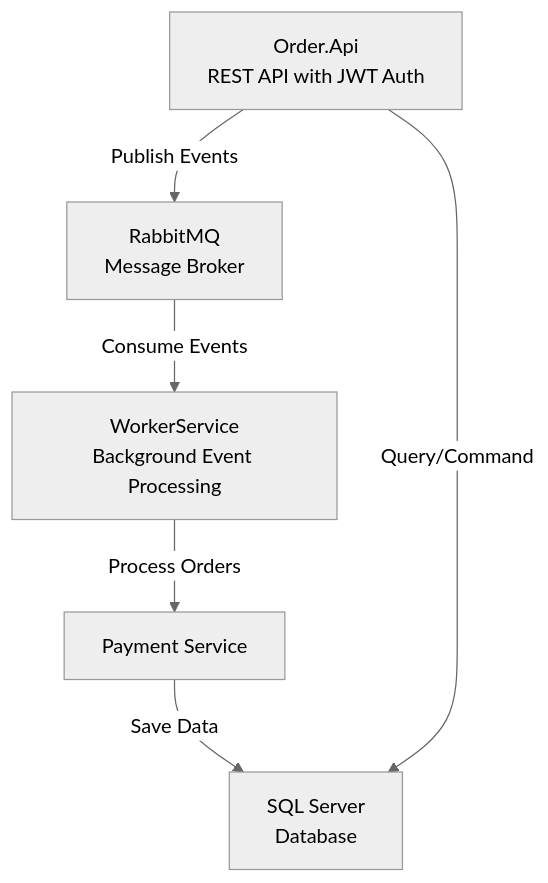
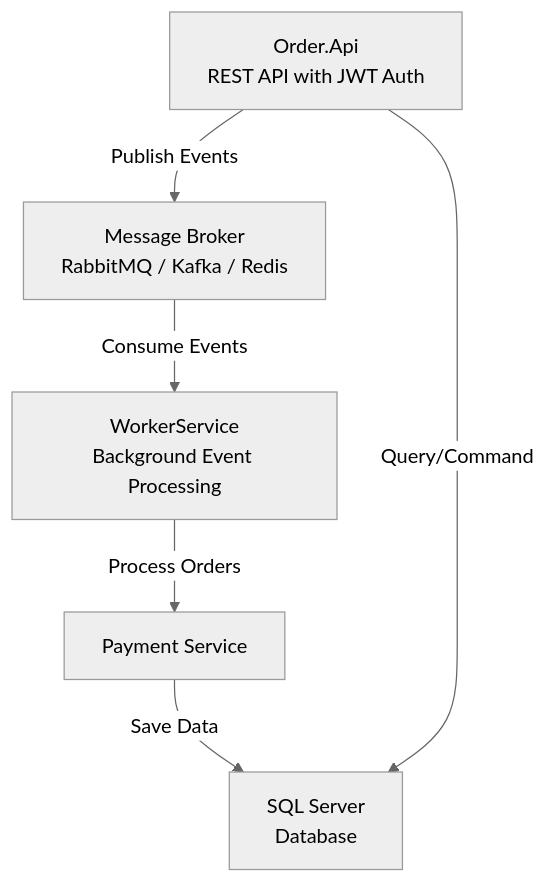
The first of 3 diagrams in README.md (gizemorak/ECommerce), drawn with Mermaid (neutral theme) before and after one commit. The commit also changed other lines of this file, not shown here.

````diff
--- a/README.md
+++ b/README.md
@@ -27,8 +28,8 @@
 ```mermaid
 graph TD
-    A[Order.Api<br/>REST API with JWT Auth] -->|Publish Events| B[RabbitMQ<br/>Message Broker]
-    B -->|Consume Events| C[WorkerService<br/>Background Event Processing]
-    C -->|Process Orders| D[Payment Service]
-    D -->|Save Data| E[SQL Server<br/>Database]
-    A -->|Query/Command| E
+ A[Order.Api<br/>REST API with JWT Auth] -->|Publish Events| B[Message Broker<br/>RabbitMQ / Kafka / Redis]
+ B -->|Consume Events| C[WorkerService<br/>Background Event Processing]
+ C -->|Process Orders| D[Payment Service]
+ D -->|Save Data| E[SQL Server<br/>Database]
+ A -->|Query/Command| E
 ```
````
